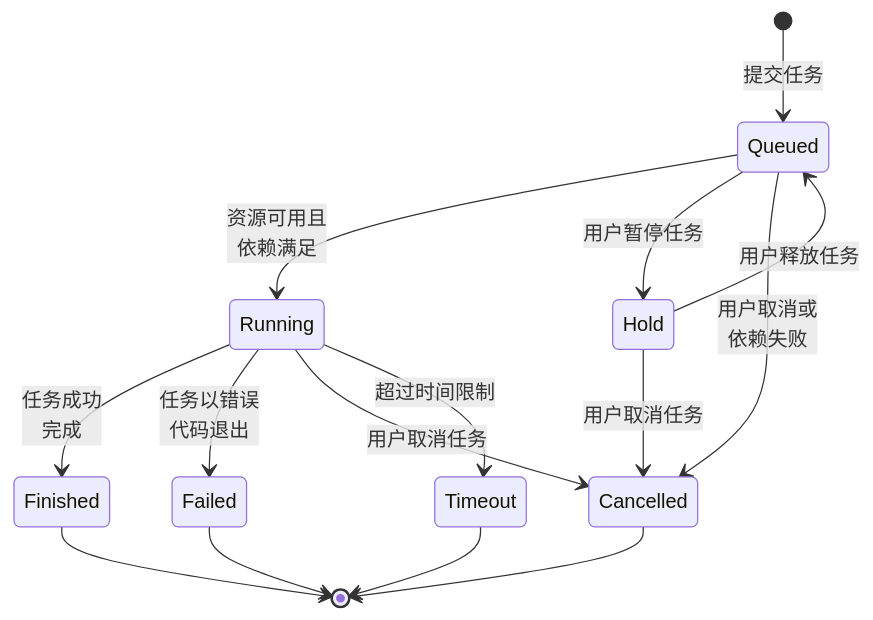
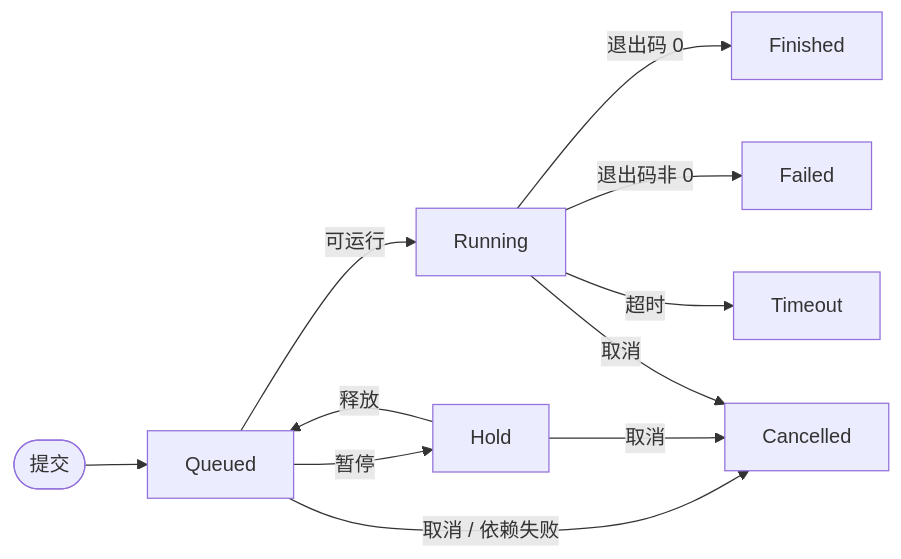
Before and after one commit to AndPuQing/gflow: the first of 2 diagrams in docs/src/zh-CN/user-guide/job-lifecycle.md, drawn with Mermaid. The commit also changed other lines of this file and 1 other file, not shown here.

First line of the commit message:
docs: Simplify job lifecycle diagrams

````diff
--- a/docs/src/zh-CN/user-guide/job-lifecycle.md
+++ b/docs/src/zh-CN/user-guide/job-lifecycle.md
@@ -31,21 +31,16 @@
 ```mermaid
-stateDiagram-v2
-    [*] --> Queued: 提交任务
-
-    Queued --> Running: 资源可用且<br/>依赖满足
-    Queued --> Hold: 用户暂停任务
-    Queued --> Cancelled: 用户取消或<br/>依赖失败
-
-    Hold --> Queued: 用户释放任务
-    Hold --> Cancelled: 用户取消任务
-
-    Running --> Finished: 任务成功<br/>完成
-    Running --> Failed: 任务以错误<br/>代码退出
-    Running --> Cancelled: 用户取消任务
-    Running --> Timeout: 超过时间限制
-
-    Finished --> [*]
-    Failed --> [*]
-    Cancelled --> [*]
-    Timeout --> [*]
+---
+showToolbar: true
+---
+flowchart LR
+    Submit([提交]) --> Queued[Queued]
+    Queued -->|可运行| Running[Running]
+    Queued -->|暂停| Hold[Hold]
+    Queued -->|取消 / 依赖失败| Cancelled[Cancelled]
+    Hold -->|释放| Queued
+    Hold -->|取消| Cancelled
+    Running -->|退出码 0| Finished[Finished]
+    Running -->|退出码非 0| Failed[Failed]
+    Running -->|取消| Cancelled
+    Running -->|超时| Timeout[Timeout]
 ```
````
